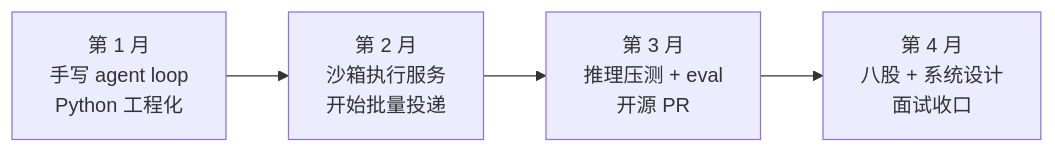
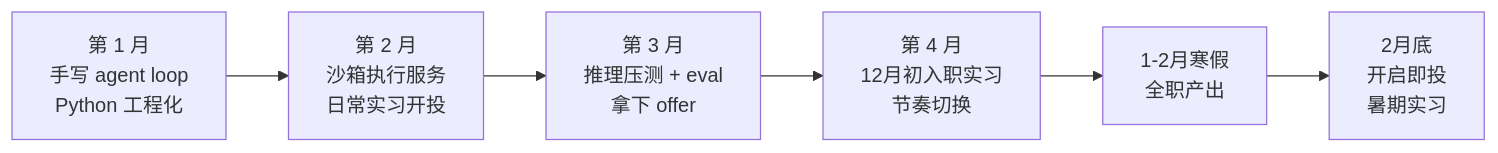
Before and after one commit to jjjs-mm/offer_roadmap: the diagram in README.md, drawn with Mermaid. The commit also changed other lines of this file and 4 other files, not shown here.

````diff
--- a/README.md
+++ b/README.md
@@ -22,6 +23,8 @@
 ```mermaid
 flowchart LR
-  M1["第 1 月<br/>手写 agent loop<br/>Python 工程化"] --> M2["第 2 月<br/>沙箱执行服务<br/>开始批量投递"]
-  M2 --> M3["第 3 月<br/>推理压测 + eval<br/>开源 PR"]
-  M3 --> M4["第 4 月<br/>八股 + 系统设计<br/>面试收口"]
+  M1["第 1 月<br/>手写 agent loop<br/>Python 工程化"] --> M2["第 2 月<br/>沙箱执行服务<br/>日常实习开投"]
+  M2 --> M3["第 3 月<br/>推理压测 + eval<br/>拿下 offer"]
+  M3 --> M4["第 4 月<br/>12月初入职实习<br/>节奏切换"]
+  M4 --> M5["1-2月寒假<br/>全职产出"]
+  M5 --> M6["2月底<br/>开启即投<br/>暑期实习"]
 ```
````
